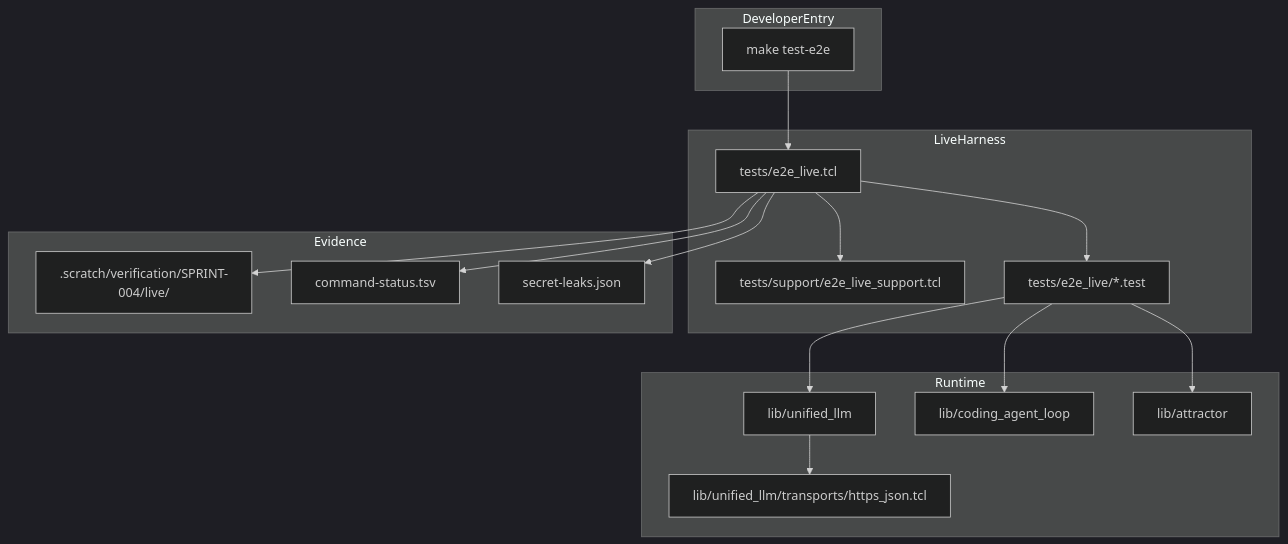
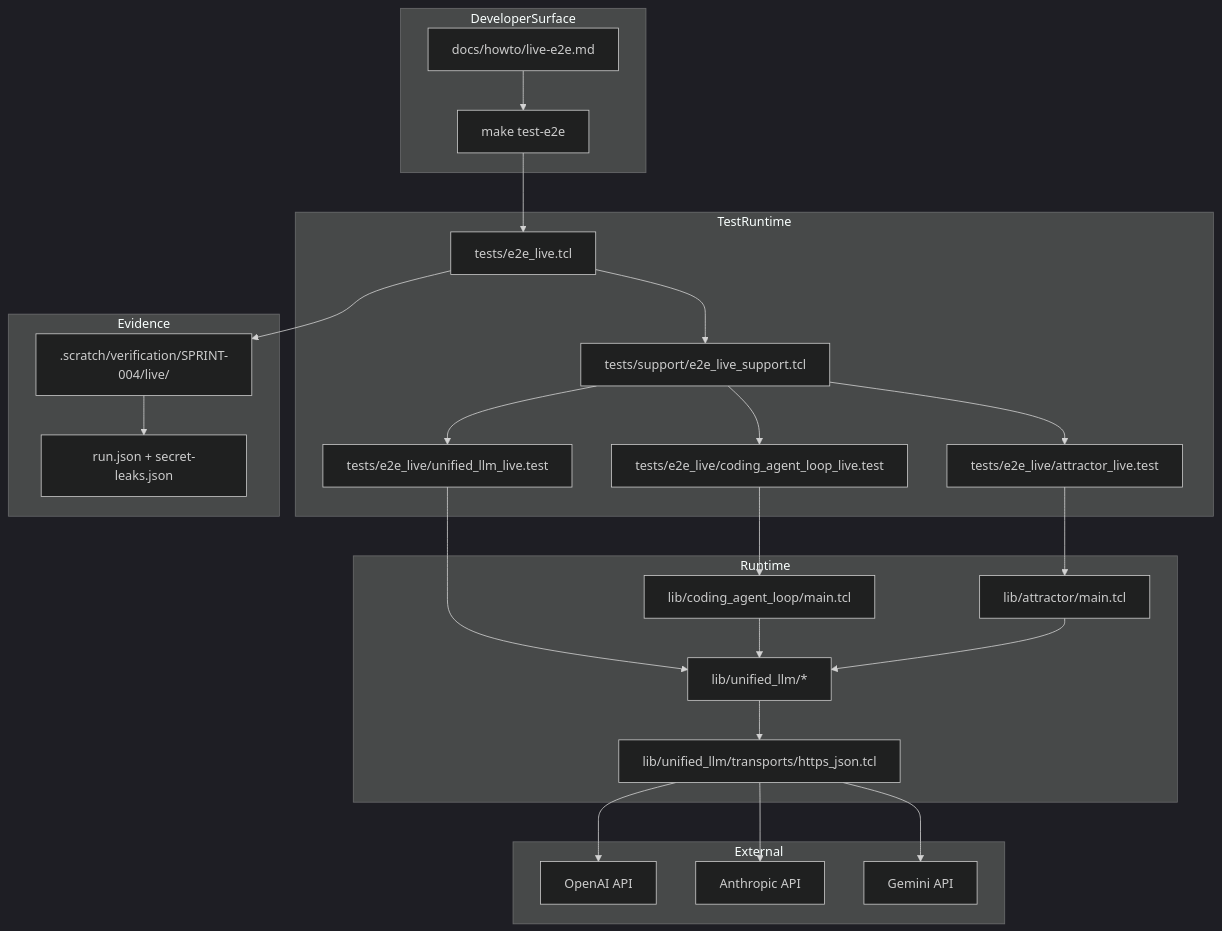
Before and after one commit to jaytaylor/attractor-tcl: the fifth of 5 diagrams in docs/sprints/SPRINT-004-comprehensive-implementation-plan.md, drawn with Mermaid (dark theme). The commit also changed other lines of this file, not shown here.

Commit message:
docs: create sprint 004 comprehensive implementation plan

````diff
--- a/docs/sprints/SPRINT-004-comprehensive-implementation-plan.md
+++ b/docs/sprints/SPRINT-004-comprehensive-implementation-plan.md
@@ -1204,36 +819,51 @@
 ```mermaid
 flowchart TB
-  subgraph DeveloperEntry
-    MAKEE2E[make test-e2e]
+  subgraph DeveloperSurface
+    MAKE[make test-e2e]
+    HOWTO[docs/howto/live-e2e.md]
   end
 
-  subgraph LiveHarness
+  subgraph TestRuntime
     HARNESS[tests/e2e_live.tcl]
     SUPPORT[tests/support/e2e_live_support.tcl]
-    LIVECASES[tests/e2e_live/*.test]
+    UTEST[tests/e2e_live/unified_llm_live.test]
+    CTEST[tests/e2e_live/coding_agent_loop_live.test]
+    ATEST[tests/e2e_live/attractor_live.test]
   end
 
   subgraph Runtime
-    ULLM[lib/unified_llm]
-    TRANSPORT[lib/unified_llm/transports/https_json.tcl]
-    CAL[lib/coding_agent_loop]
-    ATTRACTOR[lib/attractor]
+    ULLM[lib/unified_llm/*]
+    CAL[lib/coding_agent_loop/main.tcl]
+    ATR[lib/attractor/main.tcl]
+    HTTPX[lib/unified_llm/transports/https_json.tcl]
+  end
+
+  subgraph External
+    OPENAI[OpenAI API]
+    ANTHROPIC[Anthropic API]
+    GEMINI[Gemini API]
   end
 
   subgraph Evidence
-    RUNROOT[.scratch/verification/SPRINT-004/live/<run_id>]
-    LEDGER[command-status.tsv]
-    LEAKREPORT[secret-leaks.json]
+    SCRATCH[.scratch/verification/SPRINT-004/live/<run_id>]
+    REPORTS[run.json + secret-leaks.json]
   end
 
-  MAKEE2E --> HARNESS
+  MAKE --> HARNESS
+  HOWTO --> MAKE
   HARNESS --> SUPPORT
-  HARNESS --> LIVECASES
-  LIVECASES --> ULLM
-  LIVECASES --> CAL
-  LIVECASES --> ATTRACTOR
-  ULLM --> TRANSPORT
-  HARNESS --> RUNROOT
-  HARNESS --> LEDGER
-  HARNESS --> LEAKREPORT
+  SUPPORT --> UTEST
+  SUPPORT --> CTEST
+  SUPPORT --> ATEST
+  UTEST --> ULLM
+  CTEST --> CAL
+  ATEST --> ATR
+  ULLM --> HTTPX
+  CAL --> ULLM
+  ATR --> ULLM
+  HTTPX --> OPENAI
+  HTTPX --> ANTHROPIC
+  HTTPX --> GEMINI
+  HARNESS --> SCRATCH
+  SCRATCH --> REPORTS
 ```
````
